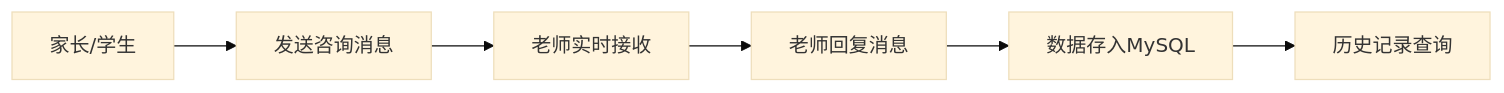
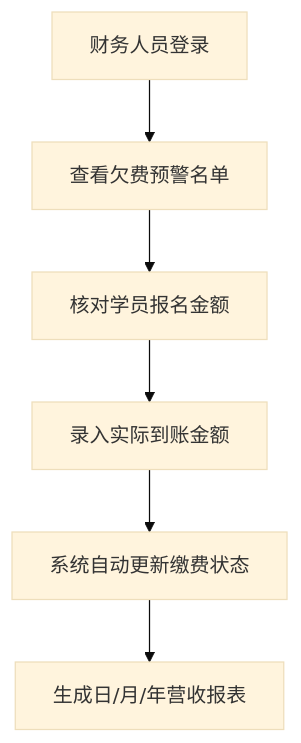
One commit to AetherSM/zhao changed the sixth of 6 diagrams in docs/项目详细设计文档.md. Above: the diagram before and after it, drawn with Mermaid (base theme). The commit also changed other lines of this file and 10 other files, not shown here.

````diff
--- a/docs/项目详细设计文档.md
+++ b/docs/项目详细设计文档.md
@@ -238,8 +339,8 @@
 ```mermaid
-graph LR
-    P[家长/学生] --> S[发送咨询消息]
-    S --> T[老师实时接收]
-    T --> R[老师回复消息]
-    R --> D[数据存入MySQL]
-    D --> L[历史记录查询]
+graph TD
+    F[财务人员登录] --> F1[查看欠费预警名单]
+    F1 --> F2[核对学员报名金额]
+    F2 --> F3[录入实际到账金额]
+    F3 --> F4[系统自动更新缴费状态]
+    F4 --> F5[生成日/月/年营收报表]
 ```
````
